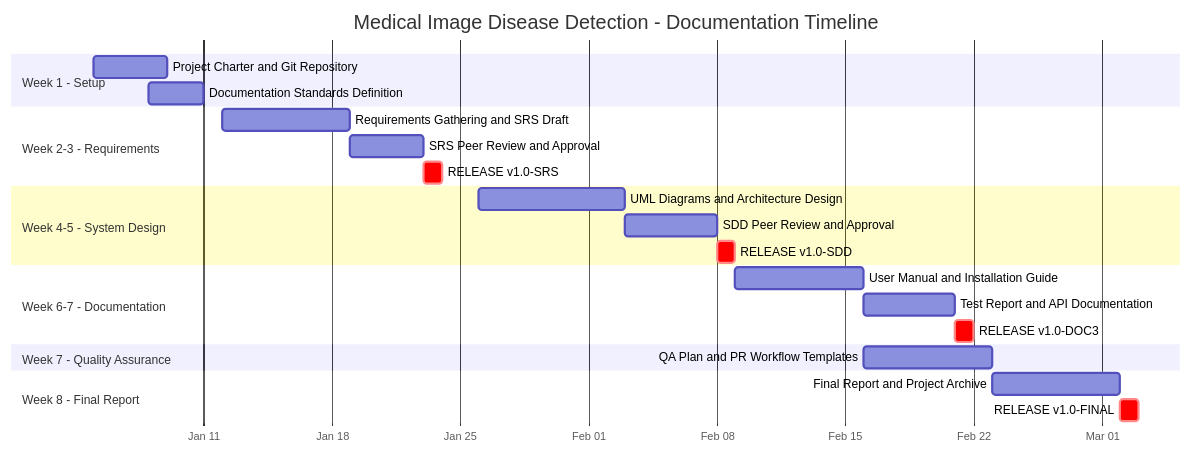
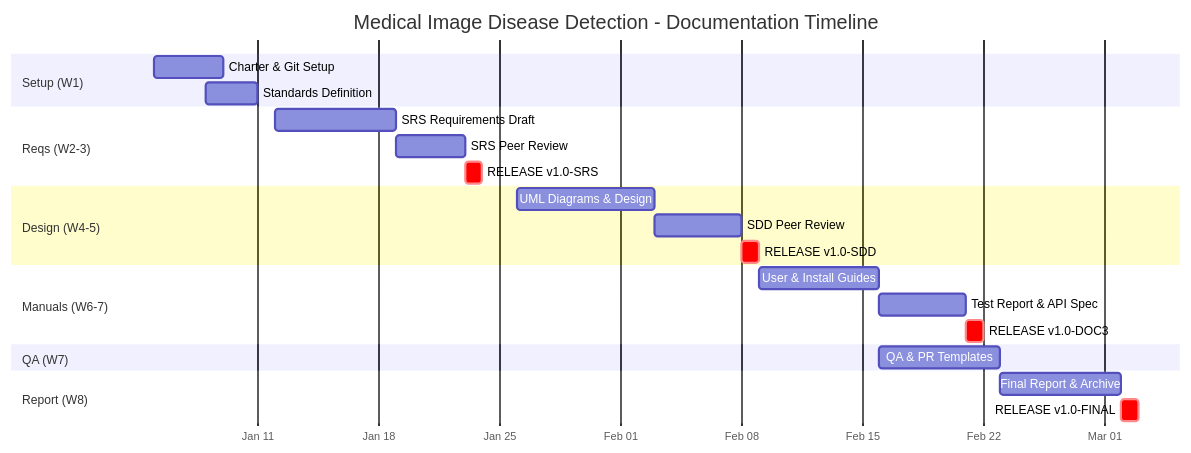
The diagram in diagrams/gantt_project_timeline.md (alirezakavianifar/Medical-Image-Based-Disease-Detection-and-Classification-System), drawn with Mermaid before and after one commit.

Commit message:
INFRA: Prevent Gantt chart label overlap with leftPadding and shortened names

````diff
--- a/diagrams/gantt_project_timeline.md
+++ b/diagrams/gantt_project_timeline.md
@@ -12,32 +12,33 @@
 ```mermaid
+%%{init: { 'gantt': { 'leftPadding': 130 } } }%%
 gantt
     title Medical Image Disease Detection - Documentation Timeline
     dateFormat  YYYY-MM-DD
     axisFormat  %b %d
 
-    section Week 1 - Setup
-    Project Charter and Git Repository      :2026-01-05, 4d
-    Documentation Standards Definition      :2026-01-08, 3d
+    section Setup (W1)
+    Charter & Git Setup                     :2026-01-05, 4d
+    Standards Definition                    :2026-01-08, 3d
 
-    section Week 2-3 - Requirements
-    Requirements Gathering and SRS Draft    :2026-01-12, 7d
-    SRS Peer Review and Approval            :2026-01-19, 4d
+    section Reqs (W2-3)
+    SRS Requirements Draft                  :2026-01-12, 7d
+    SRS Peer Review                         :2026-01-19, 4d
     RELEASE v1.0-SRS                        :crit, 2026-01-23, 1d
 
-    section Week 4-5 - System Design
-    UML Diagrams and Architecture Design    :2026-01-26, 8d
-    SDD Peer Review and Approval            :2026-02-03, 5d
+    section Design (W4-5)
+    UML Diagrams & Design                   :2026-01-26, 8d
+    SDD Peer Review                         :2026-02-03, 5d
     RELEASE v1.0-SDD                        :crit, 2026-02-08, 1d
 
-    section Week 6-7 - Documentation
-    User Manual and Installation Guide      :2026-02-09, 7d
-    Test Report and API Documentation       :2026-02-16, 5d
+    section Manuals (W6-7)
+    User & Install Guides                   :2026-02-09, 7d
+    Test Report & API Spec                  :2026-02-16, 5d
     RELEASE v1.0-DOC3                       :crit, 2026-02-21, 1d
 
-    section Week 7 - Quality Assurance
-    QA Plan and PR Workflow Templates       :2026-02-16, 7d
+    section QA (W7)
+    QA & PR Templates                       :2026-02-16, 7d
 
-    section Week 8 - Final Report
-    Final Report and Project Archive        :2026-02-23, 7d
+    section Report (W8)
+    Final Report & Archive                  :2026-02-23, 7d
     RELEASE v1.0-FINAL                      :crit, 2026-03-02, 1d
 ```
````
